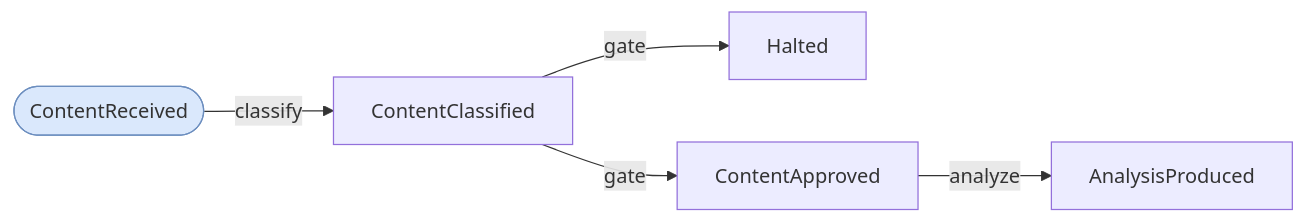
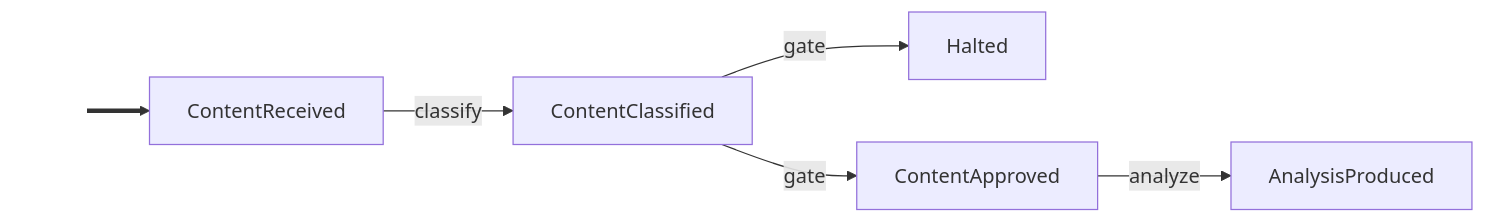
Before and after one commit to cadance-io/langgraph-events: the diagram in examples/content_pipeline.graph.md, drawn with Mermaid. The commit also changed 8 other files, not shown here.

First line of the commit message:
Replace seed event stadium shape with thick entry edge

````diff
--- a/examples/content_pipeline.graph.md
+++ b/examples/content_pipeline.graph.md
@@ -4,9 +4,9 @@
 ```mermaid
 graph LR
-    classDef seed fill:#dae8fc,stroke:#6c8ebf
-    ContentReceived([ContentReceived]):::seed
+    classDef entry fill:none,stroke:none,color:none
+    _e0_[ ]:::entry ==> ContentReceived
     ContentReceived -->|classify| ContentClassified
     ContentClassified -->|gate| Halted
     ContentClassified -->|gate| ContentApproved
     ContentApproved -->|analyze| AnalysisProduced
 ```
````
